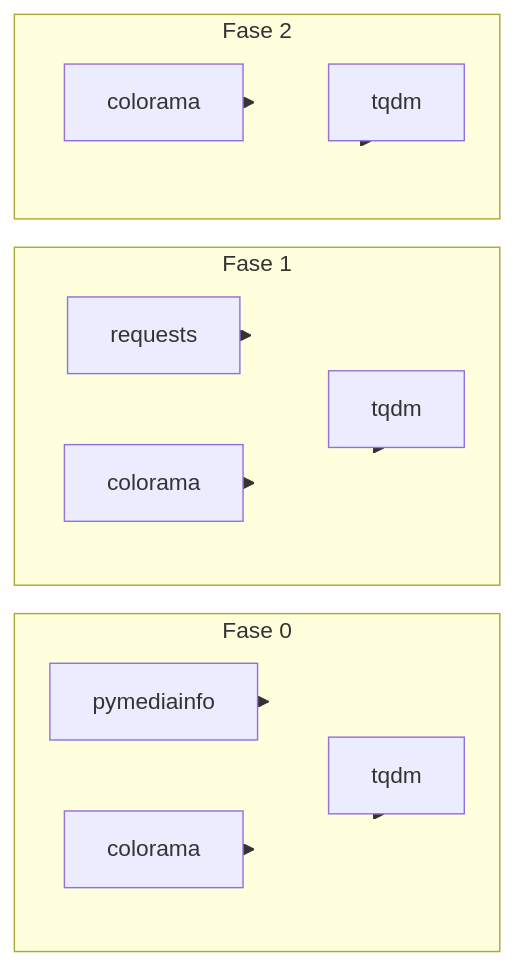
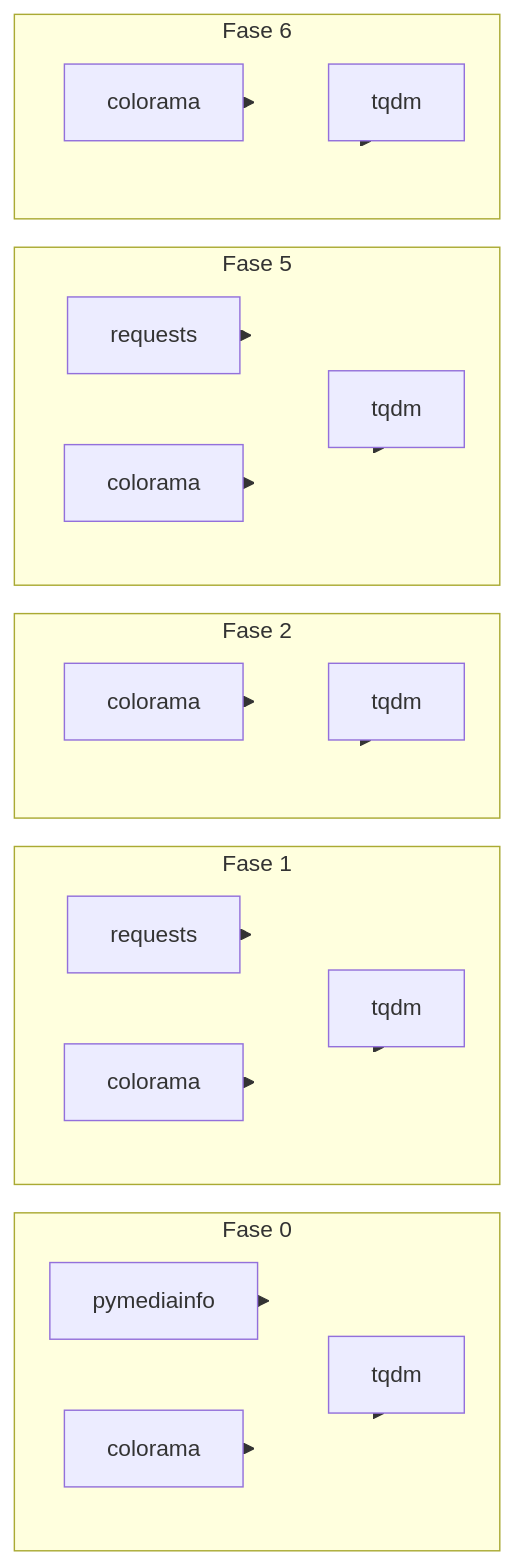
The diagram in docs/dependencias-python.md (carmipa/projeto-tracker-animes-traducao), drawn with Mermaid before and after one commit. The commit also changed other lines of this file and 12 other files, not shown here.

````diff
--- a/docs/dependencias-python.md
+++ b/docs/dependencias-python.md
@@ -52,28 +52,44 @@
 ```mermaid
 flowchart LR
     subgraph F0["Fase 0"]
         MI[pymediainfo]
         C0[colorama]
         T0[tqdm]
     end
 
     subgraph F1["Fase 1"]
         REQ[requests]
         C1[colorama]
         T1[tqdm]
     end
 
     subgraph F2["Fase 2"]
         C2[colorama]
         T2[tqdm]
     end
 
+    subgraph F5["Fase 5"]
+        REQ5[requests]
+        C5[colorama]
+        T5[tqdm]
+    end
+
+    subgraph F6["Fase 6"]
+        C6[colorama]
+        T6[tqdm]
+    end
+
     MI --> F0
     REQ --> F1
+    REQ5 --> F5
     C0 --> F0
     T0 --> F0
     C1 --> F1
     T1 --> F1
     C2 --> F2
     T2 --> F2
+    C5 --> F5
+    T5 --> F5
+    C6 --> F6
+    T6 --> F6
 ```
````
